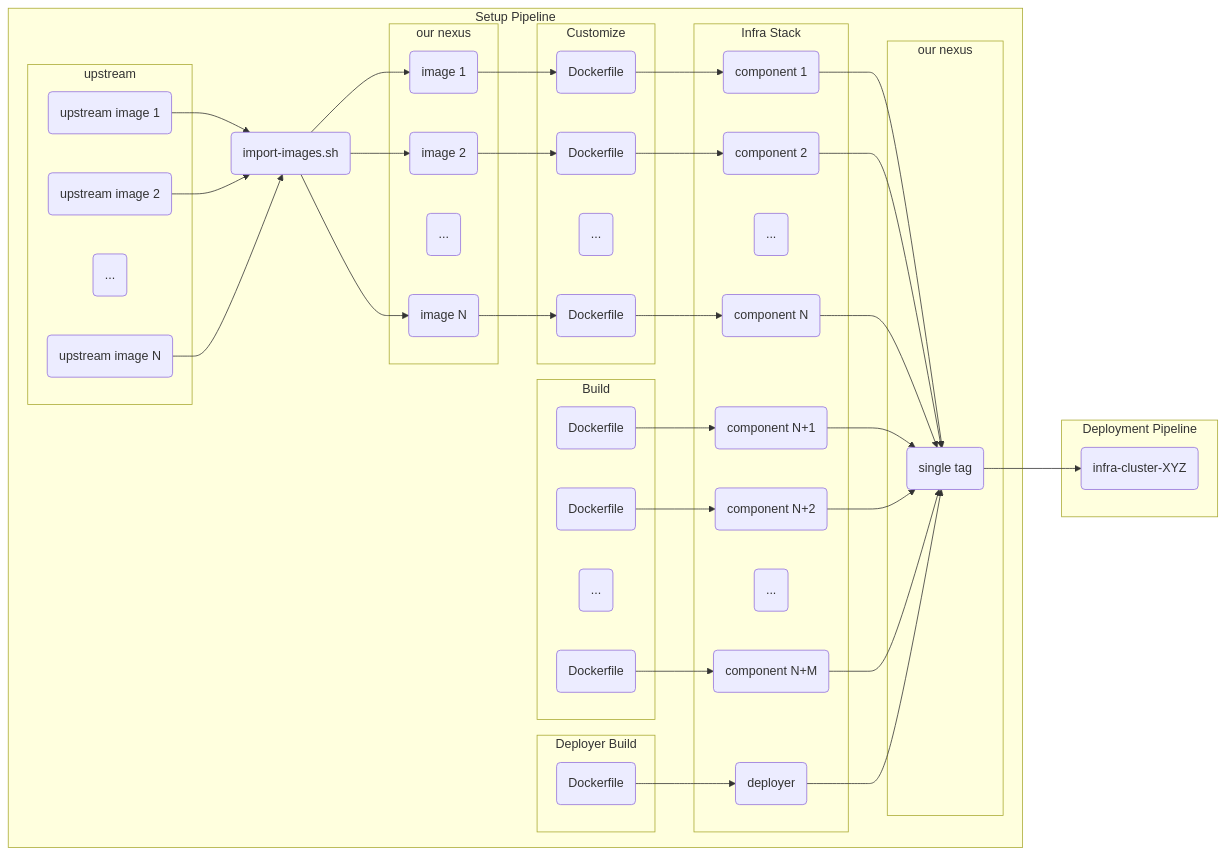
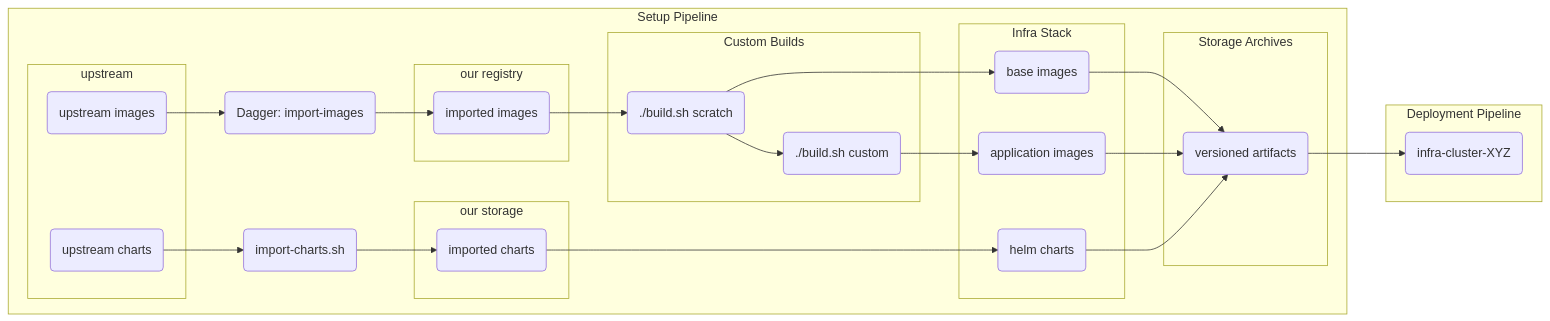
Before and after one commit to turbovillains/infra-setup: the diagram in README.md, drawn with Mermaid. The commit also changed other lines of this file and 3 other files, not shown here.

Commit message:
infra-charts + refreshed readme

````diff
--- a/README.md
+++ b/README.md
@@ -36,90 +153,57 @@
 graph LR
   subgraph Setup Pipeline
     subgraph upstream
-      A1(upstream image 1)
-      A2(upstream image 2)
-      Ad(...)
-      AN(upstream image N)
+      A1(upstream images)
+      A2(upstream charts)
     end
 
-    B(import-images.sh)
+    B1(Dagger: import-images)
+    B2(import-charts.sh)
 
-    subgraph our nexus
-      C1(image 1)
-      C2(image 2)
-      Cd(...)
-      CN(image N)
+    subgraph our registry
+      C1(imported images)
     end
 
-    subgraph Customize
-      E1(Dockerfile)
-      E2(Dockerfile)
-      Ed(...)
-      EN(Dockerfile)
+    subgraph our storage
+      C2(imported charts)
     end
 
-    subgraph Build
-      D1(Dockerfile)
-      D2(Dockerfile)
-      Dd(...)
-      DM(Dockerfile)
-    end
-
-    subgraph Deployer Build
-      DD(Dockerfile)
+    subgraph Custom Builds
+      D1(./build.sh scratch)
+      D2(./build.sh custom)
     end
 
     subgraph Infra Stack
-      F1(component 1)
-      F2(component 2)
-      Fd(...)
-      FN(component N)
-      FN1(component N+1)
-      FN2(component N+2)
-      FNd(...)
-      FNM(component N+M)
-      FD(deployer)
+      E1(base images)
+      E2(application images)
+      E3(helm charts)
     end
 
-    subgraph our nexus
-      G(single tag)
+    subgraph Storage Archives
+      F(versioned artifacts)
     end
   end
 
   subgraph Deployment Pipeline
-    H(infra-cluster-XYZ)
+    G(infra-cluster-XYZ)
   end
 
-  A1 --> B
-  A2 --> B
-  AN --> B
+  A1 --> B1
+  A2 --> B2
 
-  B --> C1
-  B --> C2
-  B --> CN
+  B1 --> C1
+  B2 --> C2
 
-  C1 --> E1
-  C2 --> E2
-  CN --> EN
+  C1 --> D1
+  D1 --> D2
 
-  E1 --> F1
-  E2 --> F2
-  EN --> FN
-  D1 --> FN1
-  D2 --> FN2
-  DM --> FNM
+  D1 --> E1
+  D2 --> E2
+  C2 --> E3
 
-  DD --> FD
+  E1 --> F
+  E2 --> F
+  E3 --> F
 
-  F1 --> G
-  F2 --> G
-  FN --> G
-
-  FN1 --> G
-  FN2 --> G
-  FNM --> G
-
-  FD --> G
-
-  G --> H
+  F --> G
 ```
````
